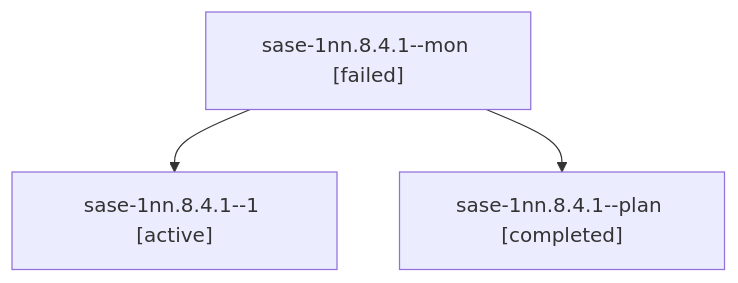
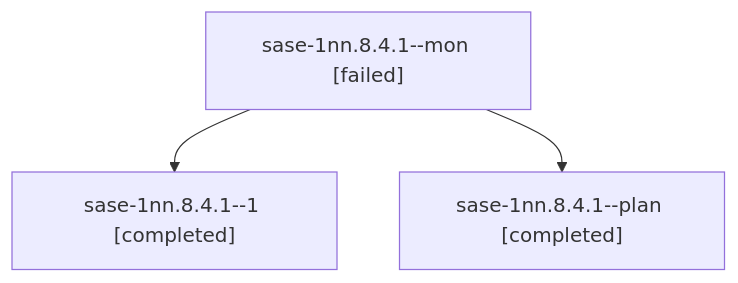
One commit to sase-org/sase--agents changed the diagram in sessions/bbugyi200.athena.sase-1nn.8.4.1.md. Above: the diagram before and after it, drawn with Mermaid. The commit also changed other lines of this file and 144 other files, not shown here.

````diff
--- a/sessions/bbugyi200.athena.sase-1nn.8.4.1.md
+++ b/sessions/bbugyi200.athena.sase-1nn.8.4.1.md
@@ -9,8 +9,8 @@
 ```mermaid
 flowchart TD
   n0["sase-1nn.8.4.1--mon [failed]"]
-  n1["sase-1nn.8.4.1--1 [active]"]
+  n1["sase-1nn.8.4.1--1 [completed]"]
   n0 --> n1
   n2["sase-1nn.8.4.1--plan [completed]"]
   n0 --> n2
 ```
````
